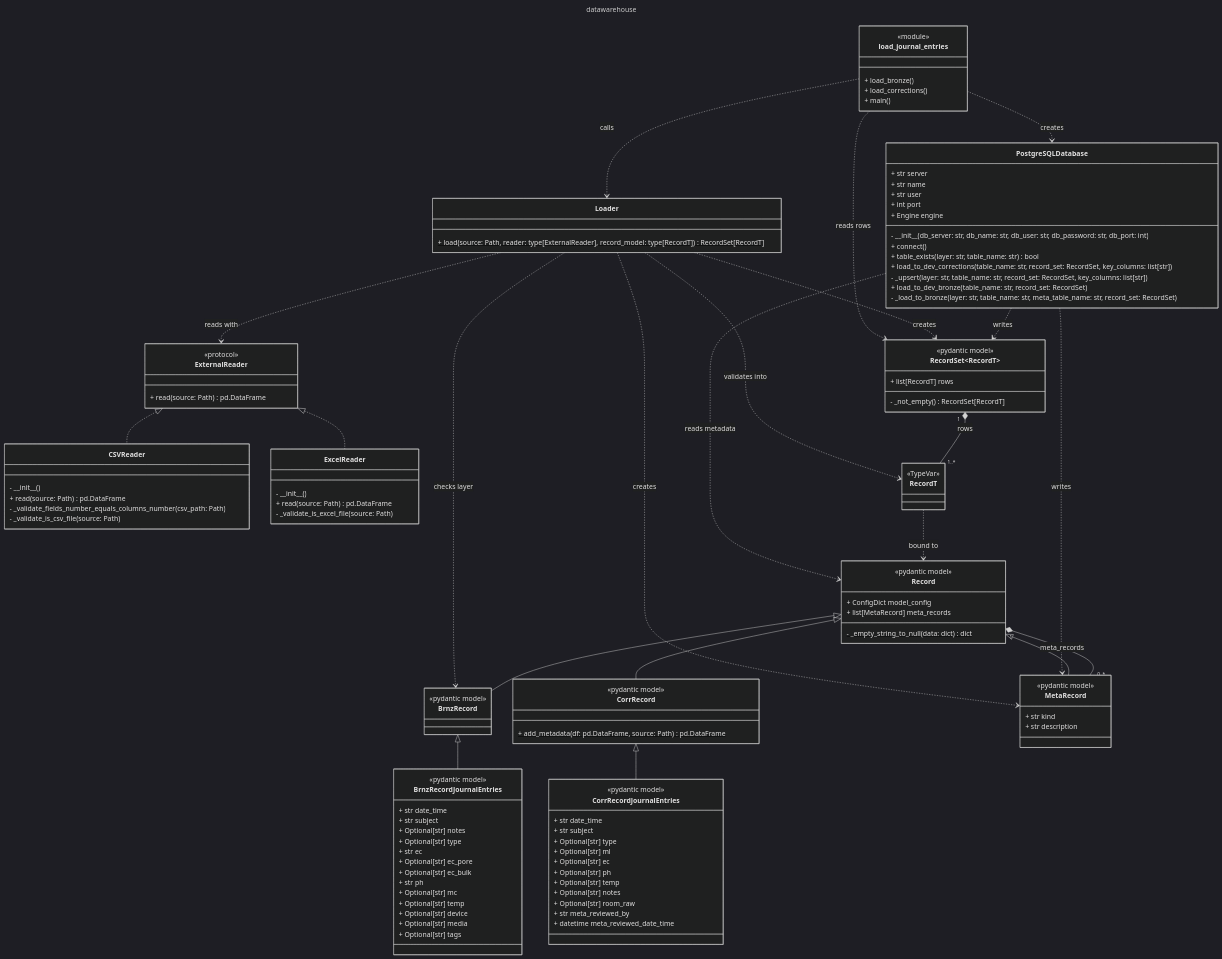
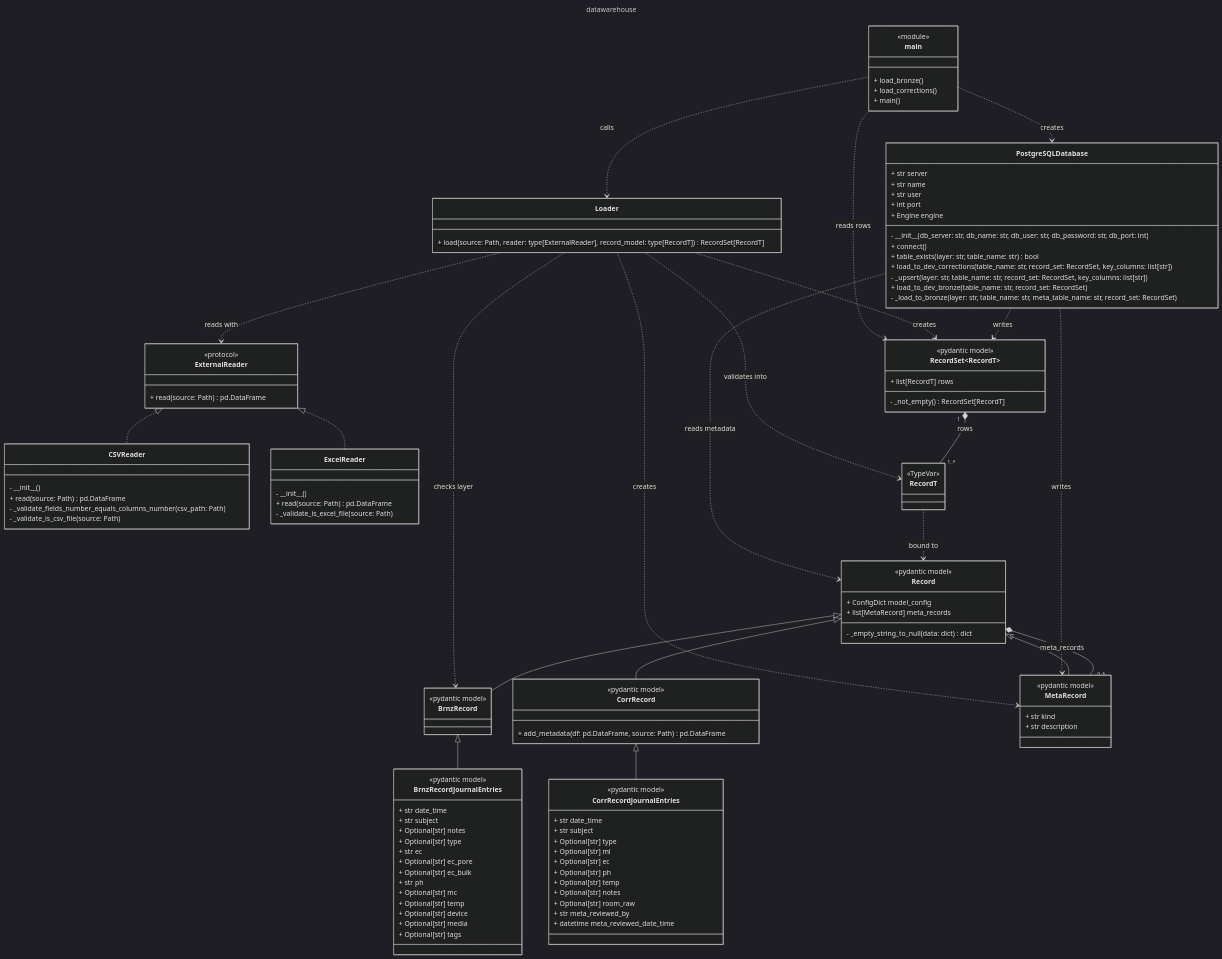
One commit to le1douglas/DataWarehouse changed the diagram in docs/CLASS_DIAGRAM.md. Above: the diagram before and after it, drawn with Mermaid (dark theme). The commit also changed 8 other files, not shown here.

```diff
--- a/docs/CLASS_DIAGRAM.md
+++ b/docs/CLASS_DIAGRAM.md
@@ -9,7 +9,7 @@
 classDiagram
     direction TB
 
-    class load_journal_entries {
+    class main["__main__"] {
         <<module>>
         + load_bronze()
         + load_corrections()
@@ -117,9 +117,9 @@
         + datetime meta_reviewed_date_time
     }
 
-    load_journal_entries ..> Loader : calls
-    load_journal_entries ..> PostgreSQLDatabase : creates
-    load_journal_entries ..> RecordSet : reads rows
+    main ..> Loader : calls
+    main ..> PostgreSQLDatabase : creates
+    main ..> RecordSet : reads rows
 
     Loader ..> ExternalReader : reads with
     Loader ..> RecordSet : creates
```
